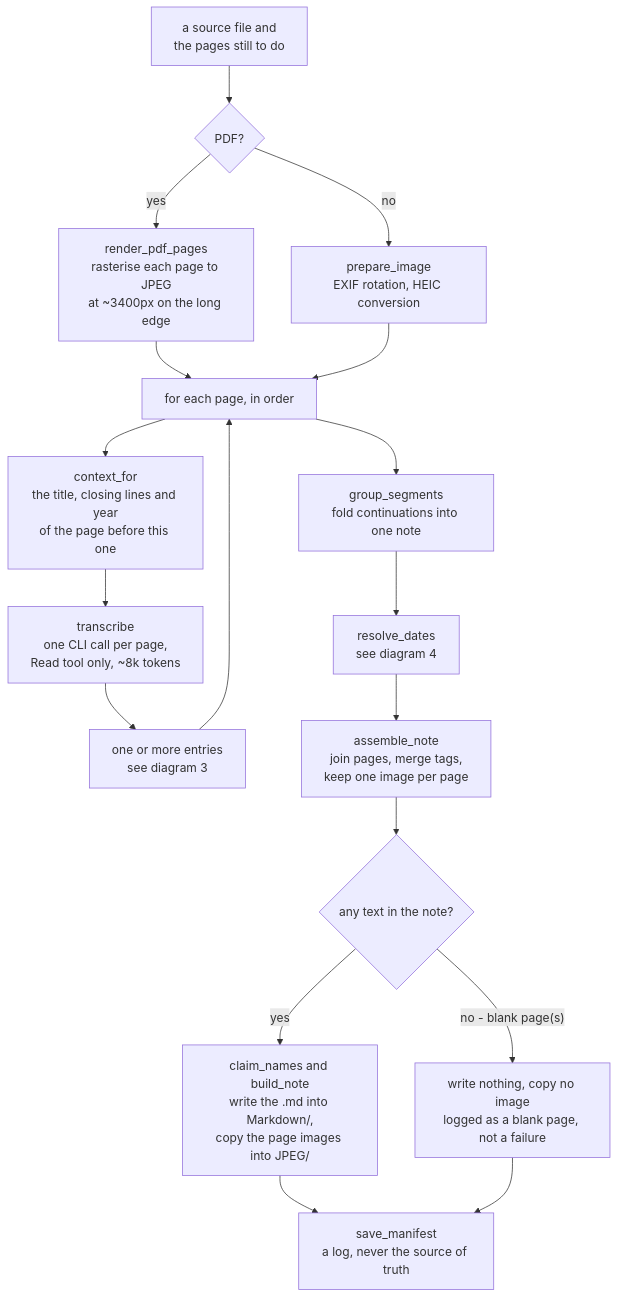
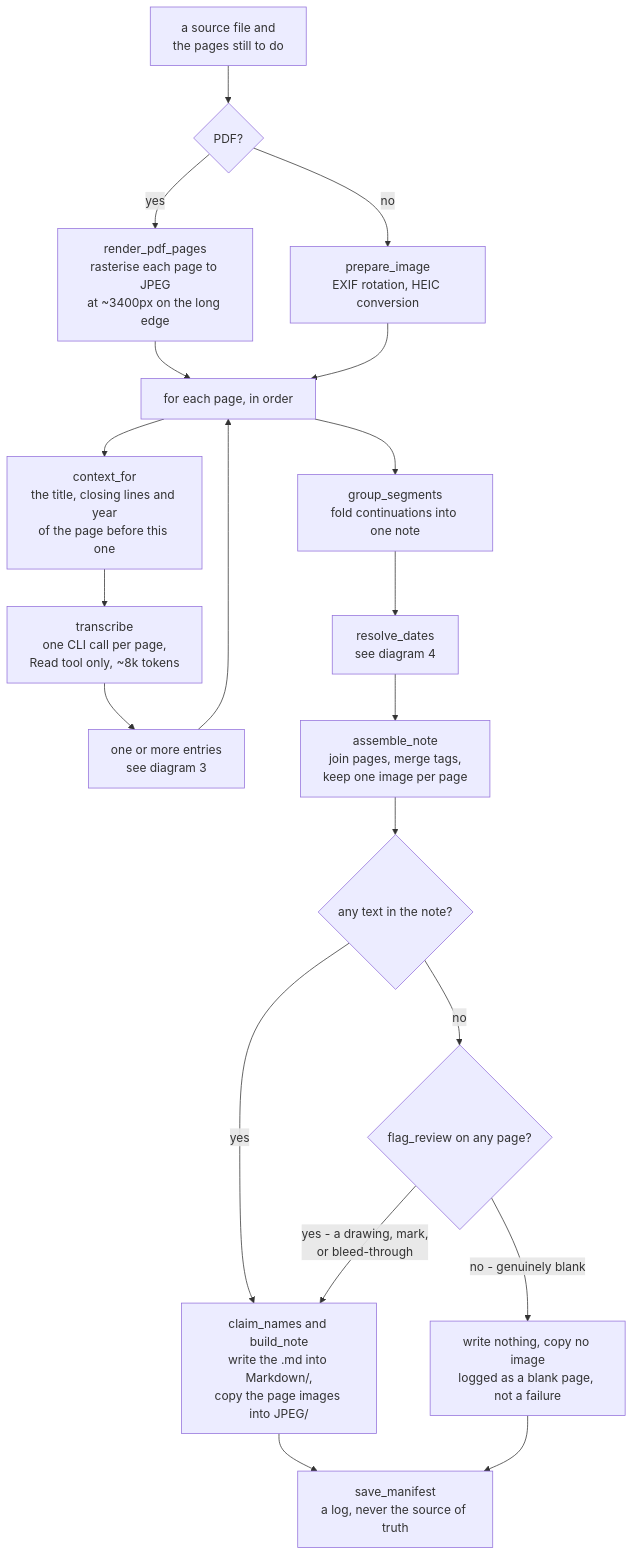
The second of 4 diagrams in WORKFLOW.md (leif-niehe/scan-notes), drawn with Mermaid before and after one commit. The commit also changed other lines of this file and 2 other files, not shown here.

First line of the commit message:
Don't discard a page that has a drawing, only no text

````diff
--- a/WORKFLOW.md
+++ b/WORKFLOW.md
@@ -36,20 +36,22 @@
 ```mermaid
 flowchart TD
     A["a source file and<br/>the pages still to do"] --> B{"PDF?"}
     B -->|"yes"| C["render_pdf_pages<br/>rasterise each page to JPEG<br/>at ~3400px on the long edge"]
     B -->|"no"| D["prepare_image<br/>EXIF rotation, HEIC conversion"]
     C --> E["for each page, in order"]
     D --> E
     E --> F["context_for<br/>the title, closing lines and year<br/>of the page before this one"]
     F --> G["transcribe<br/>one CLI call per page,<br/>Read tool only, ~8k tokens"]
     G --> H["one or more entries<br/>see diagram 3"]
     H --> E
     E --> I["group_segments<br/>fold continuations into one note"]
     I --> J["resolve_dates<br/>see diagram 4"]
     J --> K["assemble_note<br/>join pages, merge tags,<br/>keep one image per page"]
     K --> K2{"any text in the note?"}
     K2 -->|"yes"| L["claim_names and build_note<br/>write the .md into Markdown/,<br/>copy the page images into JPEG/"]
-    K2 -->|"no - blank page(s)"| K3["write nothing, copy no image<br/>logged as a blank page, not a failure"]
+    K2 -->|"no"| K4{"flag_review on any page?"}
+    K4 -->|"no - genuinely blank"| K3["write nothing, copy no image<br/>logged as a blank page, not a failure"]
+    K4 -->|"yes - a drawing, mark,<br/>or bleed-through"| L
     L --> M["save_manifest<br/>a log, never the source of truth"]
     K3 --> M
 ```
````
